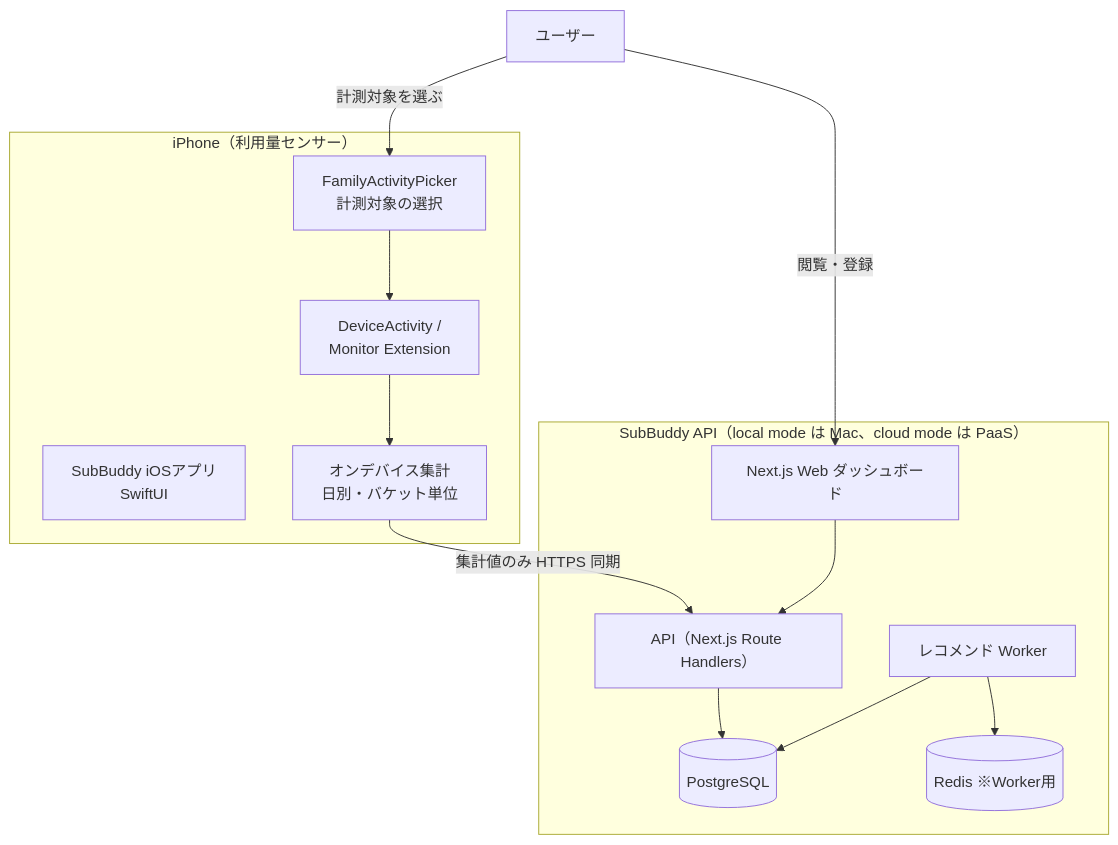
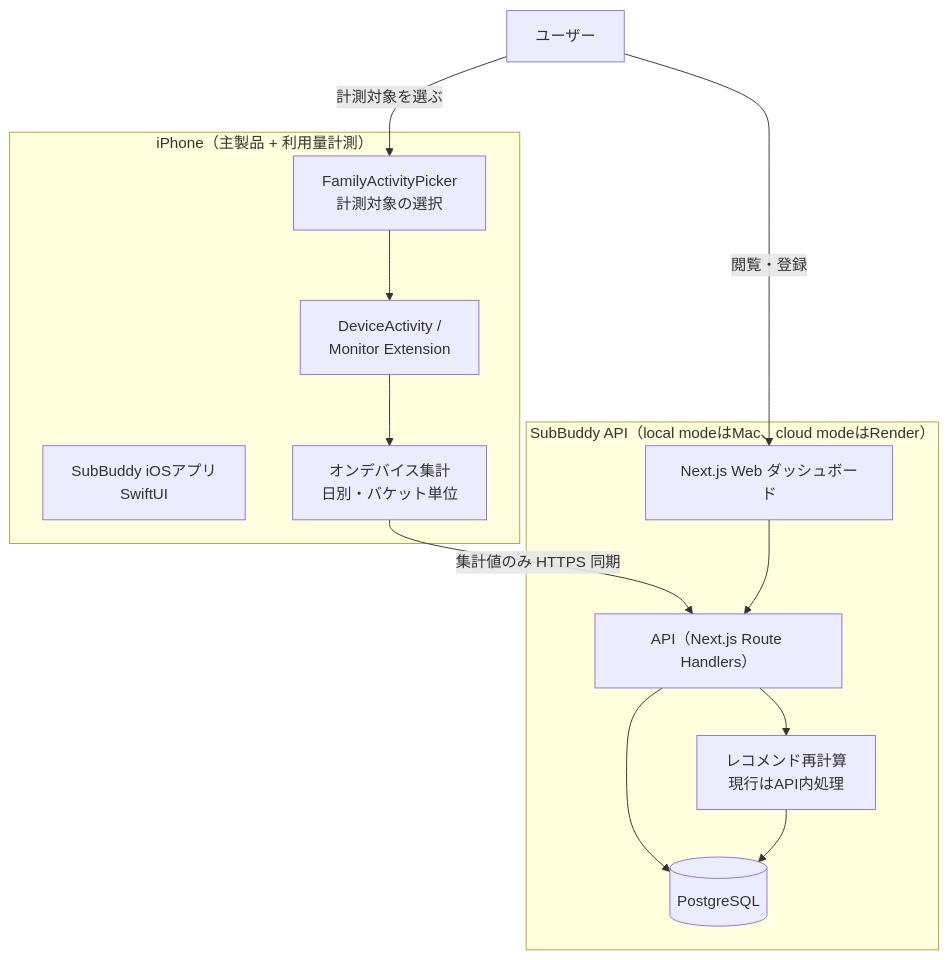
One commit to Shintaro-Abe/SubBuddy changed the first of 7 diagrams in docs/functional-design.md. Above: the diagram before and after it, drawn with Mermaid. The commit also changed other lines of this file and 15 other files, not shown here.

````diff
--- a/docs/functional-design.md
+++ b/docs/functional-design.md
@@ -29,30 +29,29 @@
 ```mermaid
 flowchart TB
   User[ユーザー]
 
-  subgraph iPhone[iPhone（利用量センサー）]
+  subgraph iPhone[iPhone（主製品 + 利用量計測）]
     IOSApp[SubBuddy iOSアプリ<br/>SwiftUI]
     Picker[FamilyActivityPicker<br/>計測対象の選択]
     DA[DeviceActivity /<br/>Monitor Extension]
     LocalAgg[オンデバイス集計<br/>日別・バケット単位]
   end
 
-  subgraph Server[SubBuddy API（local mode は Mac、cloud mode は PaaS）]
+  subgraph Server[SubBuddy API（local modeはMac、cloud modeはRender）]
     Web[Next.js Web ダッシュボード]
     API[API（Next.js Route Handlers）]
-    Worker[レコメンド Worker]
+    Scoring[レコメンド再計算<br/>現行はAPI内処理]
     DB[(PostgreSQL)]
-    Redis[(Redis ※Worker用)]
   end
 
   User -->|計測対象を選ぶ| Picker
   Picker --> DA
   DA --> LocalAgg
   LocalAgg -->|集計値のみ HTTPS 同期| API
 
   User -->|閲覧・登録| Web
   Web --> API
   API --> DB
-  Worker --> DB
-  Worker --> Redis
+  API --> Scoring
+  Scoring --> DB
 ```
````
